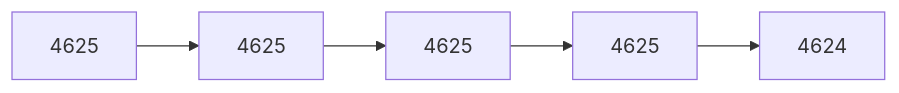
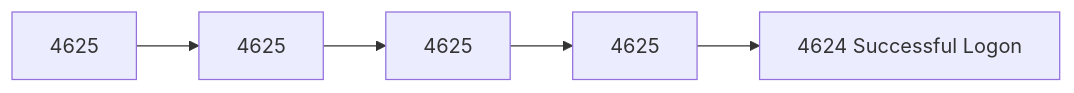
Before and after one commit to sadbattery/Windows-Event-IDs-Cheatsheet: the fourth of 8 diagrams in docs/authentication/4625-failed-logon.md, drawn with Mermaid. The commit also changed other lines of this file, not shown here.

````diff
--- a/docs/authentication/4625-failed-logon.md
+++ b/docs/authentication/4625-failed-logon.md
@@ -242,11 +331,8 @@
 ```mermaid
 flowchart LR
-
-A[4625]
-B[4625]
-C[4625]
-D[4625]
-E[4624]
-
-A --> B --> C --> D --> E
+    A[4625]
+    --> B[4625]
+    --> C[4625]
+    --> D[4625]
+    --> E[4624 Successful Logon]
 ```
````
